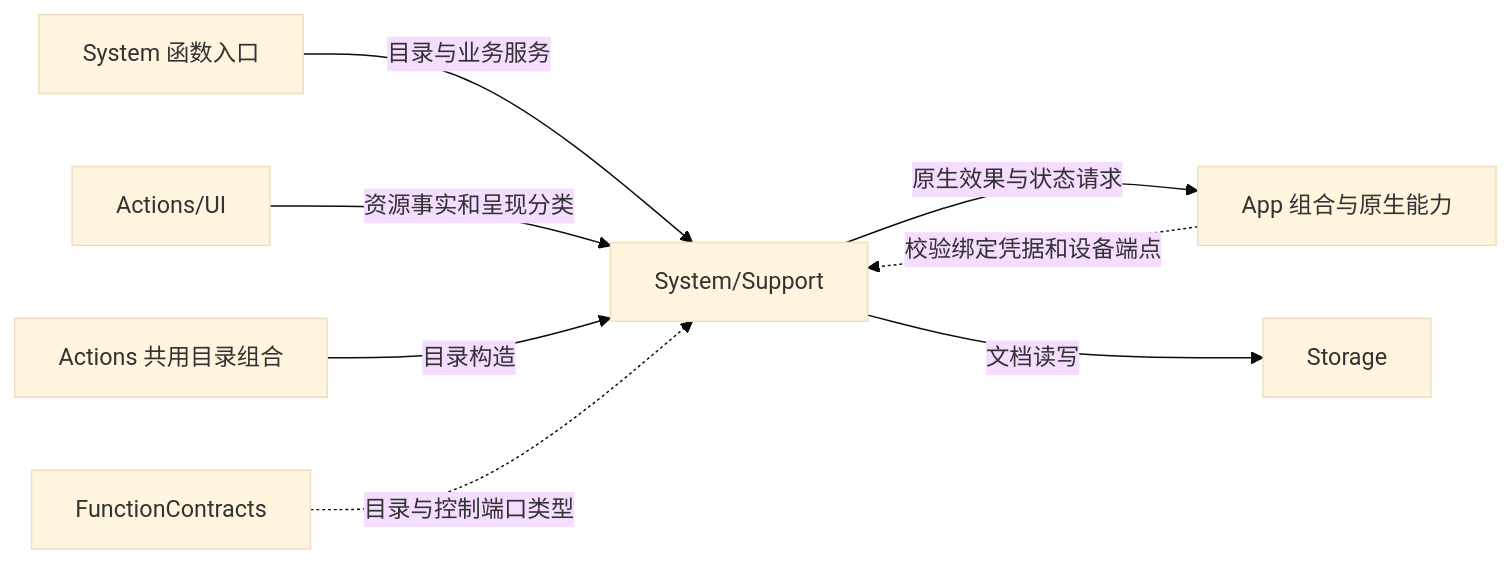
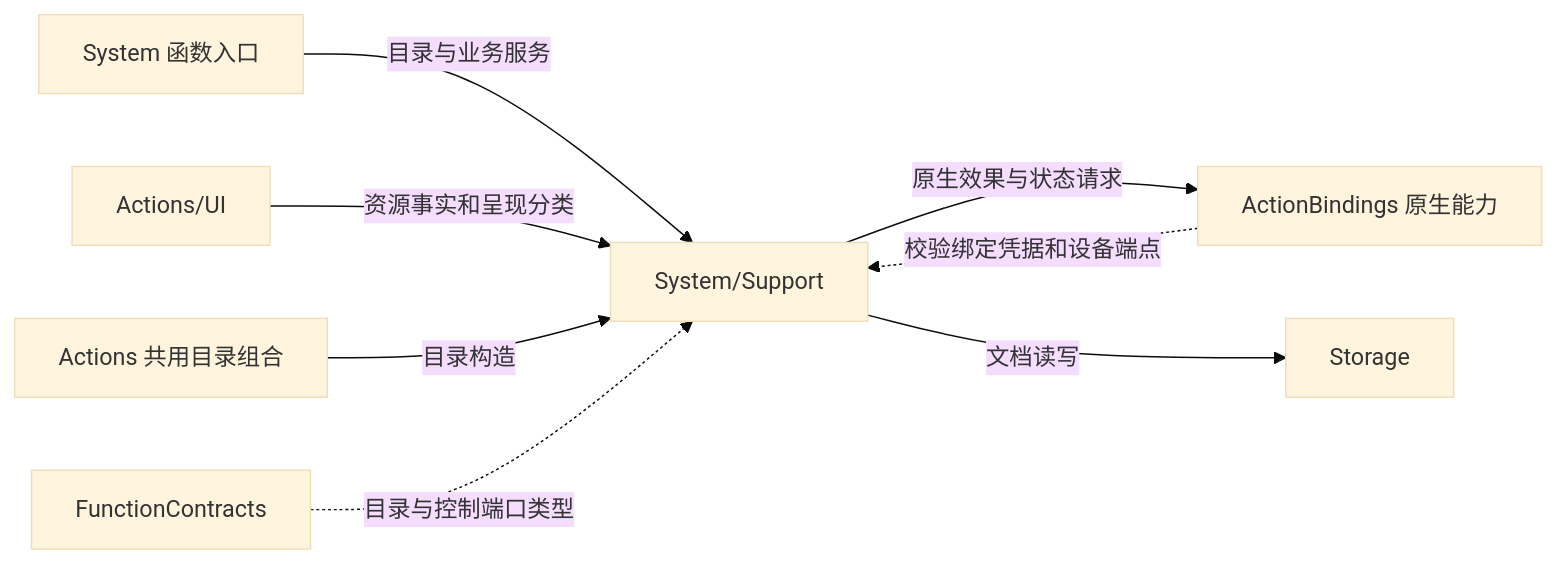
The first of 2 diagrams in MobileHarness/Actions/System/Support/README.md (devilyouwei/MobileHarness), drawn with Mermaid (base theme) before and after one commit. The commit also changed other lines of this file and 254 other files, not shown here.

First line of the commit message:
refactor: isolate app composition and module bindings

````diff
--- a/MobileHarness/Actions/System/Support/README.md
+++ b/MobileHarness/Actions/System/Support/README.md
@@ -9,10 +9,10 @@
 ```mermaid
 flowchart LR
     Entries[System 函数入口] -->|目录与业务服务| S[System/Support]
-    Host[App 组合与原生能力] -.->|校验绑定凭据和设备端点| S
+    Host[ActionBindings 原生能力] -.->|校验绑定凭据和设备端点| S
     S -->|原生效果与状态请求| Host
     S -->|文档读写| Storage
     UI[Actions/UI] -->|资源事实和呈现分类| S
     Catalog[Actions 共用目录组合] -->|目录构造| S
     Contracts[FunctionContracts] -.->|目录与控制端口类型| S
 ```
````
